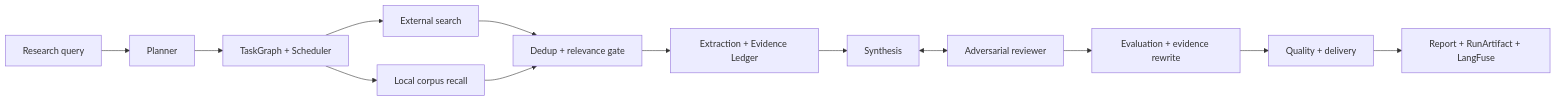
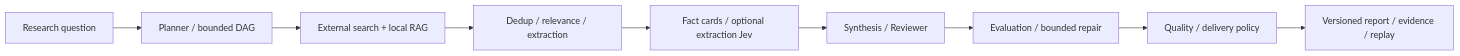
The diagram in README.md (Zeakle/LitAgent), drawn with Mermaid before and after one commit. The commit also changed other lines of this file and 14 other files, not shown here.

````diff
--- a/README.md
+++ b/README.md
@@ -167,15 +41,11 @@
 ```mermaid
 flowchart LR
-    Q["Research query"] --> P["Planner"]
-    P --> D["TaskGraph + Scheduler"]
-    D --> S["External search"]
-    D --> R["Local corpus recall"]
-    S --> G["Dedup + relevance gate"]
-    R --> G
-    G --> E["Extraction + Evidence Ledger"]
-    E --> Y["Synthesis"]
-    Y <--> V["Adversarial reviewer"]
-    V --> A["Evaluation + evidence rewrite"]
-    A --> L["Quality + delivery"]
-    L --> O["Report + RunArtifact + LangFuse"]
+    Q[Research question] --> P[Planner / bounded DAG]
+    P --> S[External search + local RAG]
+    S --> E[Dedup / relevance / extraction]
+    E --> F[Fact cards / optional extraction Jev]
+    F --> W[Synthesis / Reviewer]
+    W --> V[Evaluation / bounded repair]
+    V --> D[Quality / delivery policy]
+    D --> UI[Versioned report / evidence / replay]
 ```
````
